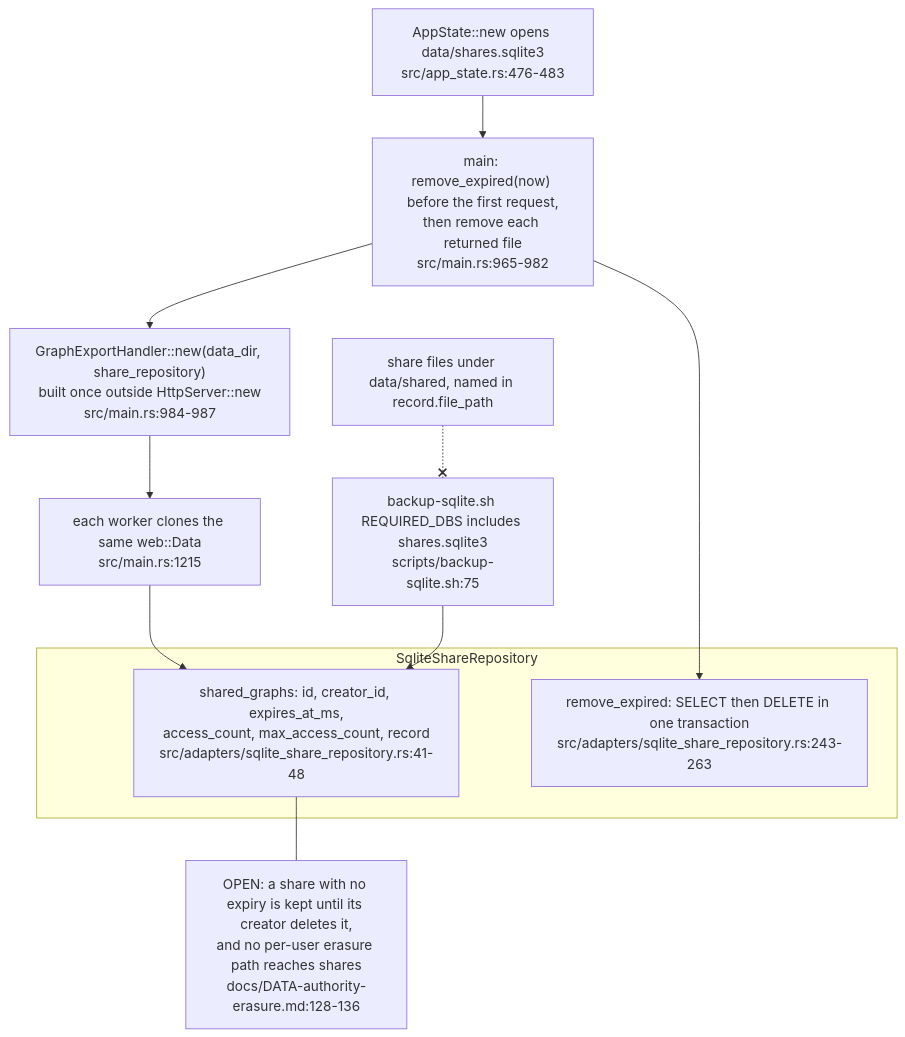
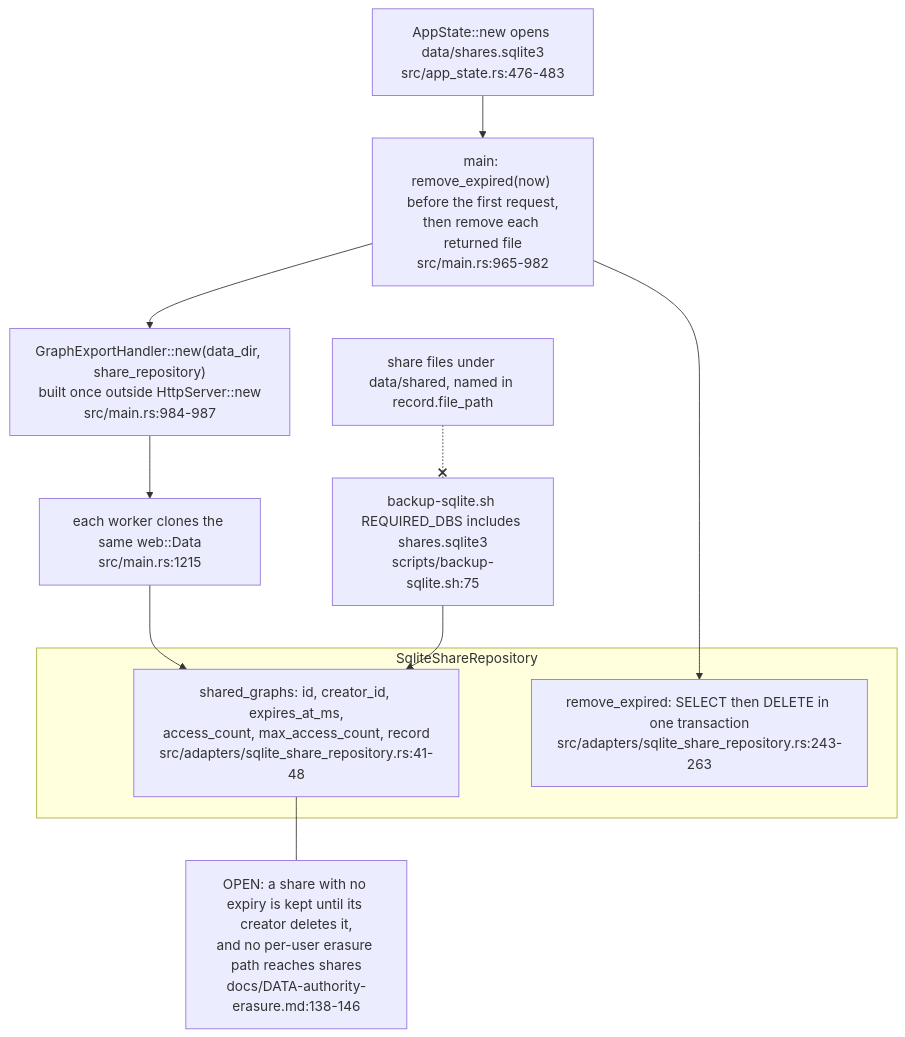
Before and after one commit to DreamLab-AI/VisionFlow: the tenth of 24 diagrams in docs/diagrams/visionclaw/04-handlers-graph-and-state.md, drawn with Mermaid. The commit also changed other lines of this file and 2 other files, not shown here.

First line of the commit message:
docs(diagrams): visionclaw pass B at VisionClaw c6cc081 (PR #50)

````diff
--- a/docs/diagrams/visionclaw/04-handlers-graph-and-state.md
+++ b/docs/diagrams/visionclaw/04-handlers-graph-and-state.md
@@ -603,16 +603,16 @@
 ```mermaid
 flowchart TB
     AS["AppState::new opens data/shares.sqlite3<br/>src/app_state.rs:476-483"] --> RM["main: remove_expired(now) before the first request,<br/>then remove each returned file<br/>src/main.rs:965-982"]
     RM --> GH["GraphExportHandler::new(data_dir, share_repository)<br/>built once outside HttpServer::new<br/>src/main.rs:984-987"]
     GH --> W["each worker clones the same web::Data<br/>src/main.rs:1215"]
     subgraph Store["SqliteShareRepository"]
         SC["shared_graphs: id, creator_id, expires_at_ms,<br/>access_count, max_access_count, record<br/>src/adapters/sqlite_share_repository.rs:41-48"]
         EXP["remove_expired: SELECT then DELETE in one transaction<br/>src/adapters/sqlite_share_repository.rs:243-263"]
     end
     W --> SC
     RM --> EXP
     BK["backup-sqlite.sh REQUIRED_DBS includes shares.sqlite3<br/>scripts/backup-sqlite.sh:75"] --> SC
     FILES["share files under data/shared, named in record.file_path"] -.-x BK
-    N1["OPEN: a share with no expiry is kept until its creator deletes it,<br/>and no per-user erasure path reaches shares<br/>docs/DATA-authority-erasure.md:128-136"]
+    N1["OPEN: a share with no expiry is kept until its creator deletes it,<br/>and no per-user erasure path reaches shares<br/>docs/DATA-authority-erasure.md:138-146"]
     SC --- N1
 ```
````
